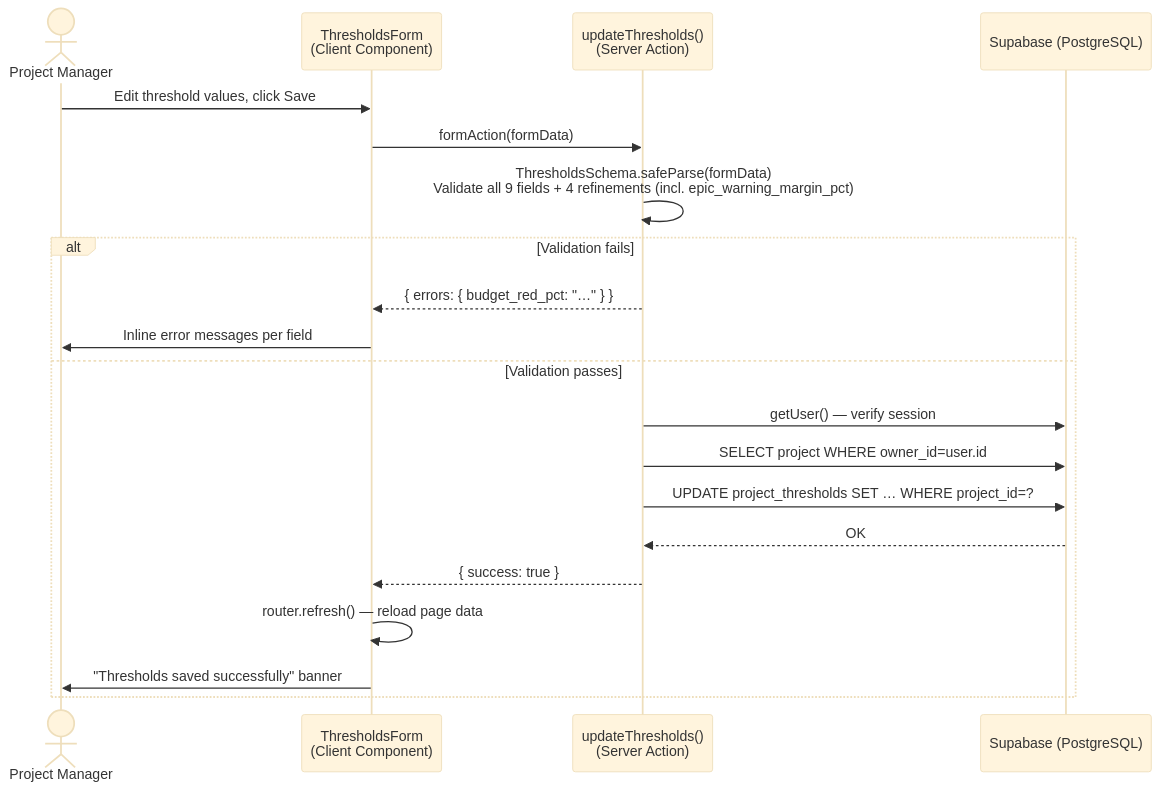
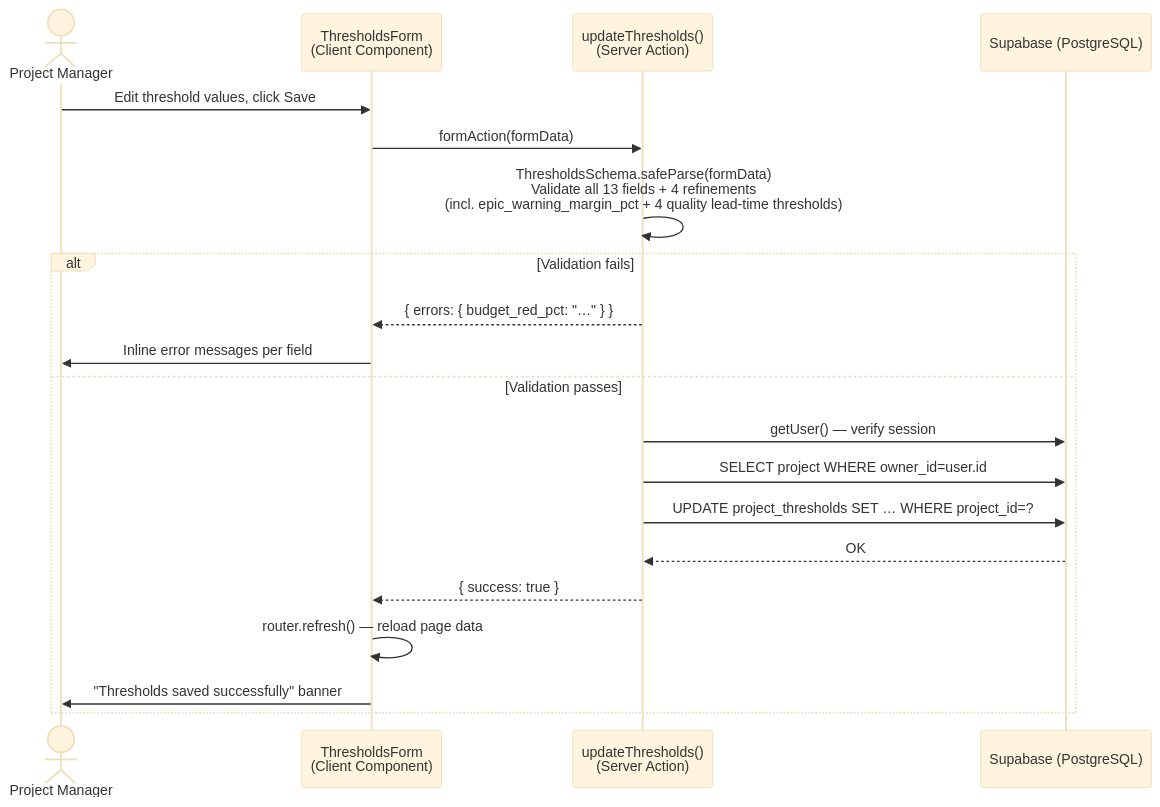
Before and after one commit to matthias1309/project_buddy: the fourth of 6 diagrams in docs/arc42/06_runtime.md, drawn with Mermaid (base theme). The commit also changed other lines of this file and 3 other files, not shown here.

````diff
--- a/docs/arc42/06_runtime.md
+++ b/docs/arc42/06_runtime.md
@@ -134,23 +136,23 @@
 ```mermaid
 sequenceDiagram
     actor PM as Project Manager
     participant Form as ThresholdsForm<br/>(Client Component)
     participant SA as updateThresholds()<br/>(Server Action)
     participant DB as Supabase (PostgreSQL)
 
     PM->>Form: Edit threshold values, click Save
     Form->>SA: formAction(formData)
-    SA->>SA: ThresholdsSchema.safeParse(formData)<br/>Validate all 9 fields + 4 refinements (incl. epic_warning_margin_pct)
+    SA->>SA: ThresholdsSchema.safeParse(formData)<br/>Validate all 13 fields + 4 refinements<br/>(incl. epic_warning_margin_pct + 4 quality lead-time thresholds)
     alt Validation fails
         SA-->>Form: { errors: { budget_red_pct: "…" } }
         Form->>PM: Inline error messages per field
     else Validation passes
         SA->>DB: getUser() — verify session
         SA->>DB: SELECT project WHERE owner_id=user.id
         SA->>DB: UPDATE project_thresholds SET … WHERE project_id=?
         DB-->>SA: OK
         SA-->>Form: { success: true }
         Form->>Form: router.refresh() — reload page data
         Form->>PM: "Thresholds saved successfully" banner
     end
 ```
````
